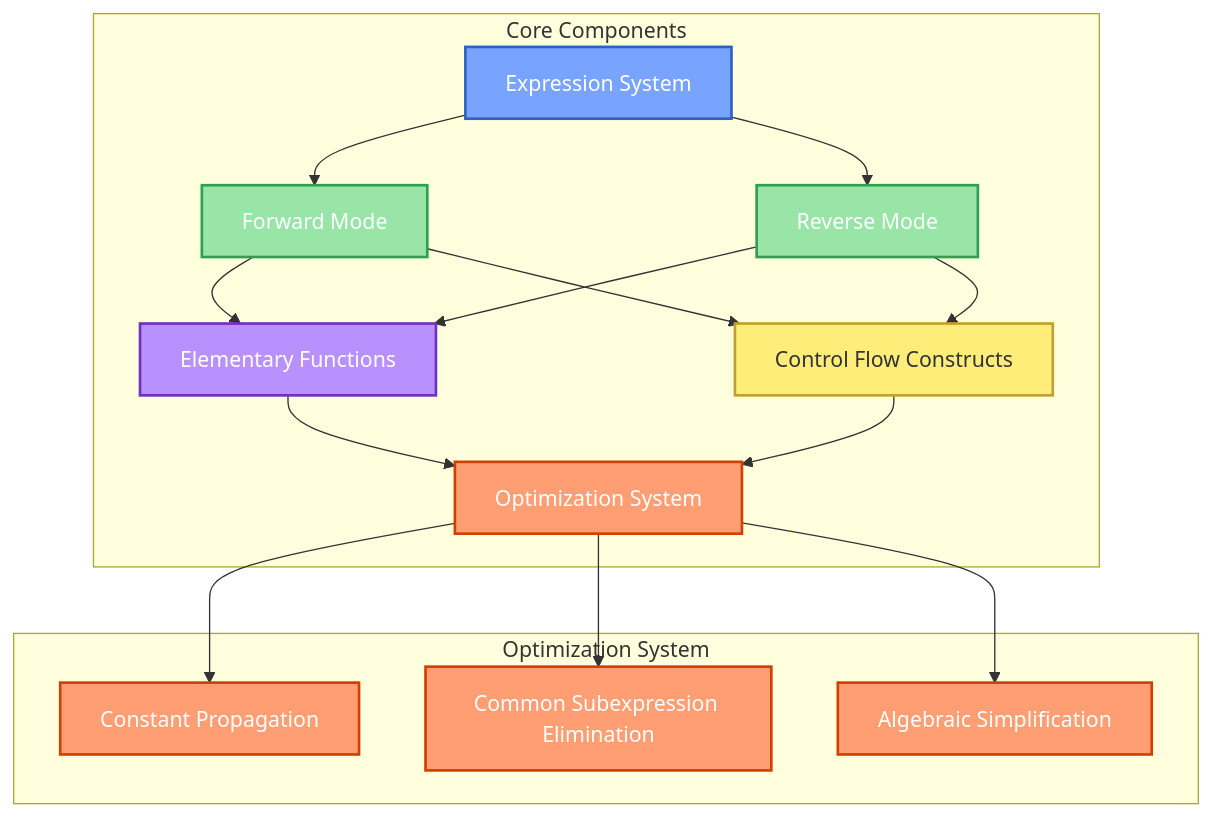
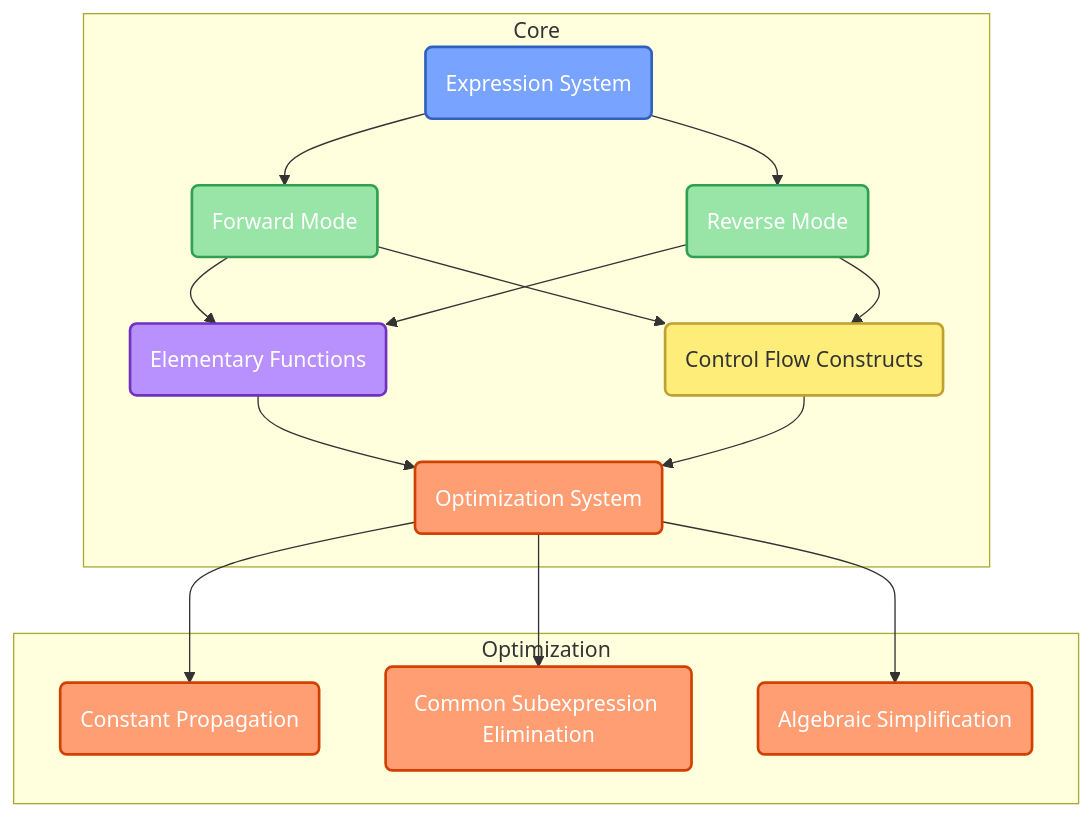
Before and after one commit to rdguerrerom/AutoDiff: the first of 5 diagrams in README.md, drawn with Mermaid. The commit also changed other lines of this file, not shown here.

````diff
--- a/README.md
+++ b/README.md
@@ -61,31 +61,31 @@
 ```mermaid
 flowchart TD
-    subgraph "Core Components"
-        A[Expression System] --> B[Forward Mode]
-        A --> C[Reverse Mode]
-        B --> D[Elementary Functions]
+    subgraph "Core"
+        A("Expression System") --> B("Forward Mode")
+        A --> C("Reverse Mode")
+        B --> D("Elementary Functions")
         C --> D
-        B --> E[Control Flow Constructs]
+        B --> E("Control Flow Constructs")
         C --> E
-        D --> F[Optimization System]
+        D --> F("Optimization System")
         E --> F
     end
     
-    subgraph "Optimization System"
-        F --> G[Constant Propagation]
-        F --> H[Common Subexpression Elimination]
-        F --> I[Algebraic Simplification]
+    subgraph "Optimization"
+        F --> G("Constant Propagation")
+        F --> H("Common Subexpression Elimination")
+        F --> I("Algebraic Simplification")
     end
     
     classDef core fill:#78a3ff,stroke:#3060c0,stroke-width:2px,color:#fff
     classDef mode fill:#98e5a7,stroke:#30a050,stroke-width:2px,color:#fff
     classDef feature fill:#b991ff,stroke:#7030c0,stroke-width:2px,color:#fff
     classDef optimization fill:#ff9d73,stroke:#d04000,stroke-width:2px,color:#fff
     classDef control fill:#ffed7a,stroke:#c0a030,stroke-width:2px,color:#333
     
     class A core
     class B,C mode
     class D feature
     class E control
     class F,G,H,I optimization
 ```
````
